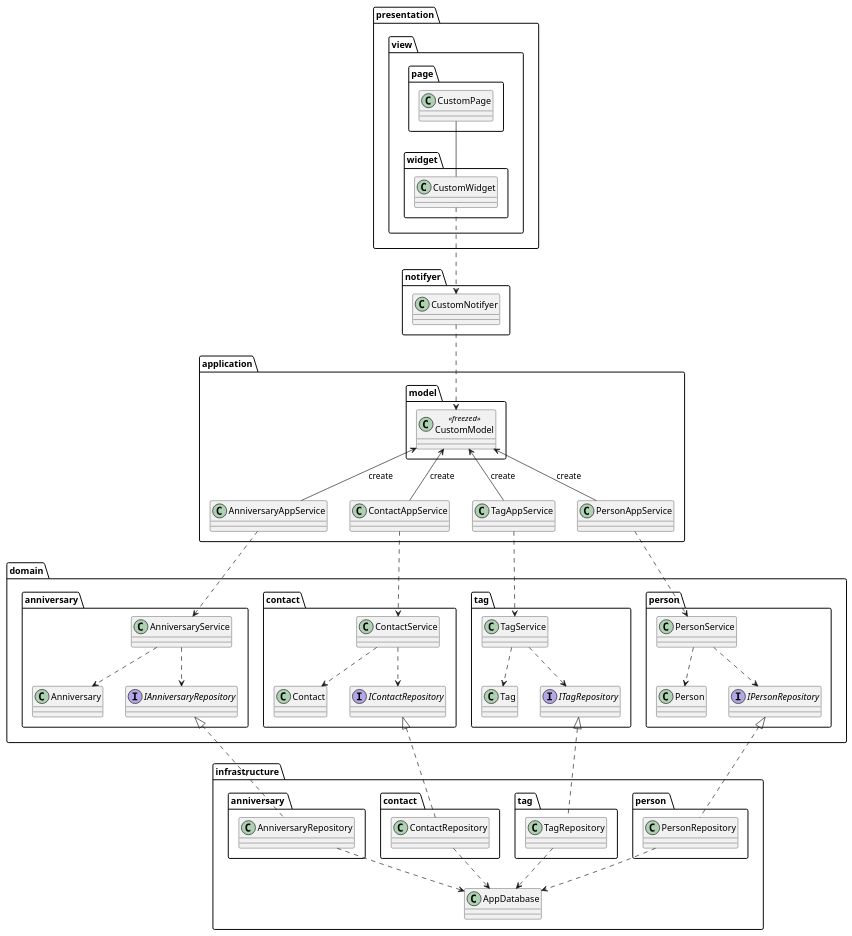
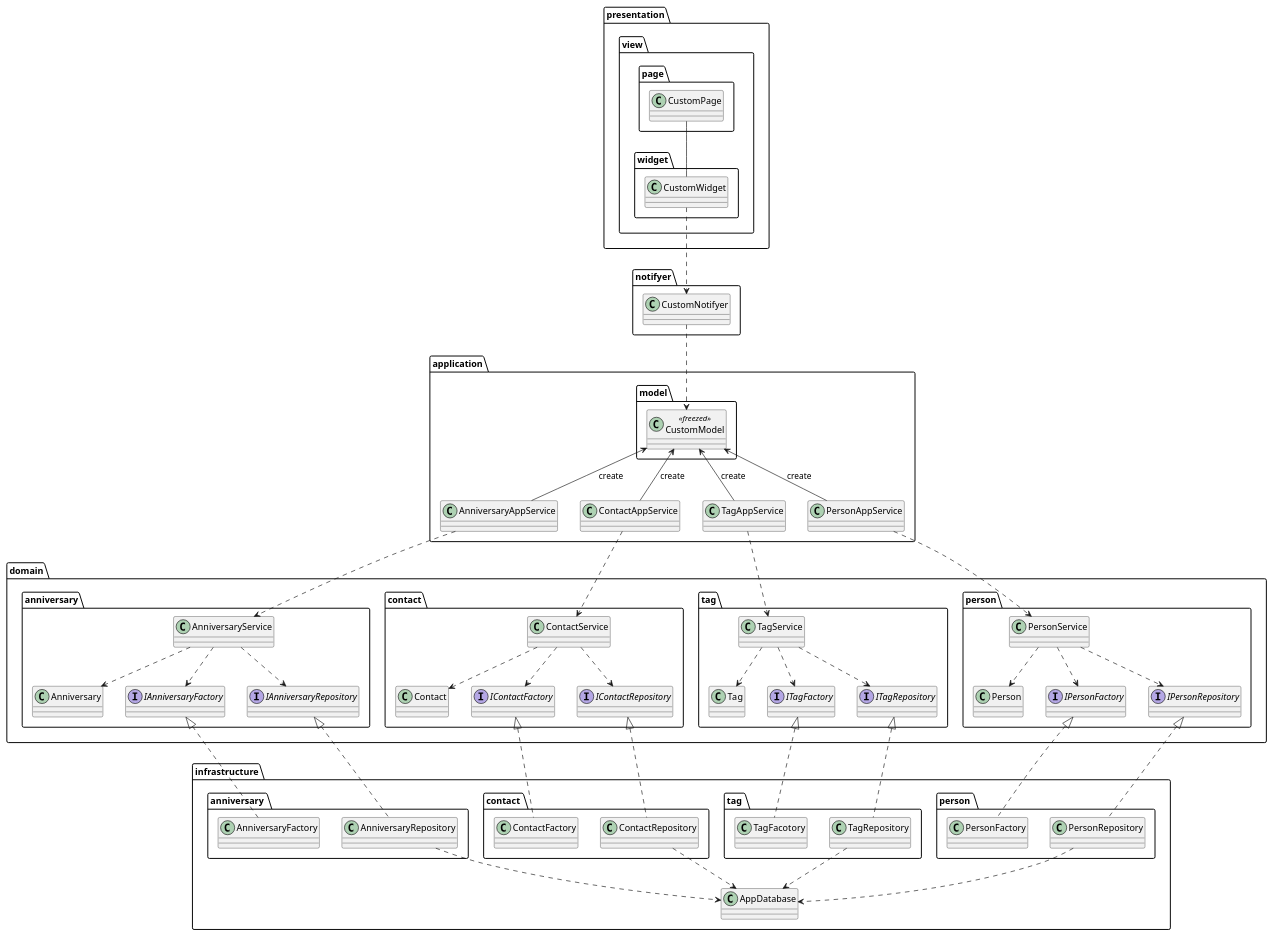
Before and after one commit to nmskm240/friend_list: the diagram in uml/class_diagram.pu, drawn with PlantUML. The commit also changed 1 other file, not shown here.

Commit message:
add factory class to damin layer

```diff
--- a/uml/class_diagram.pu
+++ b/uml/class_diagram.pu
@@ -1,110 +1,126 @@
 @startuml
 
 package presentation {
     package view {
         package page {
             class CustomPage
         }
         package widget {
             class CustomWidget
         }
     }
 }
 
 package notifyer {
     class CustomNotifyer
 }
 
 package application {
     package model {
         class CustomModel<<freezed>>
     }
     class AnniversaryAppService
     class ContactAppService
     class TagAppService
     class PersonAppService
 }
 
 package domain {
     package anniversary {
         class Anniversary
         class AnniversaryService
+        interface IAnniversaryFactory
         interface IAnniversaryRepository
     }
     package contact {
         class Contact
         class ContactService
+        interface IContactFactory
         interface IContactRepository
     }
     package tag {
         class Tag
         class TagService
+        interface ITagFactory
         interface ITagRepository
     }
     package person {
         class Person
         class PersonService
+        interface IPersonFactory
         interface IPersonRepository
     }
 }
 
 package infrastructure {
     package "anniversary " {
+        class AnniversaryFactory
         class AnniversaryRepository
     }
     package "contact " {
+        class ContactFactory
         class ContactRepository
     }
     package "tag " {
+        class TagFacotory
         class TagRepository
     }
     package "person " {
+        class PersonFactory
         class PersonRepository
     }
     class AppDatabase
 }
 
 ' view
 CustomPage -- CustomWidget
 
 ' view - notifyer
 CustomWidget ..> CustomNotifyer
 
 ' notifyer - application
 CustomNotifyer ..> CustomModel
 
 ' application
 CustomModel <-- AnniversaryAppService : create
 CustomModel <-- ContactAppService : create
 CustomModel <-- TagAppService : create
 CustomModel <-- PersonAppService : create
 
 ' application - domain
 AnniversaryAppService ..> AnniversaryService
 ContactAppService ..> ContactService
 TagAppService ..> TagService
 PersonAppService ..> PersonService
 
 ' domain
 AnniversaryService ..> Anniversary
+AnniversaryService ..> IAnniversaryFactory
 AnniversaryService ..> IAnniversaryRepository
 ContactService ..> Contact
+ContactService ..> IContactFactory
 ContactService ..> IContactRepository
 TagService ..> Tag
+TagService ..> ITagFactory
 TagService ..> ITagRepository
 PersonService ..> Person
 PersonService ..> IPersonRepository
+PersonService ..> IPersonFactory
 
 ' domain - infrastructure
 IAnniversaryRepository <|.. AnniversaryRepository
+IAnniversaryFactory <|.. AnniversaryFactory
+IContactFactory <|.. ContactFactory
 IContactRepository <|.. ContactRepository
+ITagFactory <|.. TagFacotory
 ITagRepository <|.. TagRepository
+IPersonFactory <|.. PersonFactory
 IPersonRepository <|.. PersonRepository
 
 ' infrastructure
 AnniversaryRepository ..> AppDatabase
 ContactRepository ..> AppDatabase
 TagRepository ..> AppDatabase
 PersonRepository ..> AppDatabase
 
 @enduml
```
